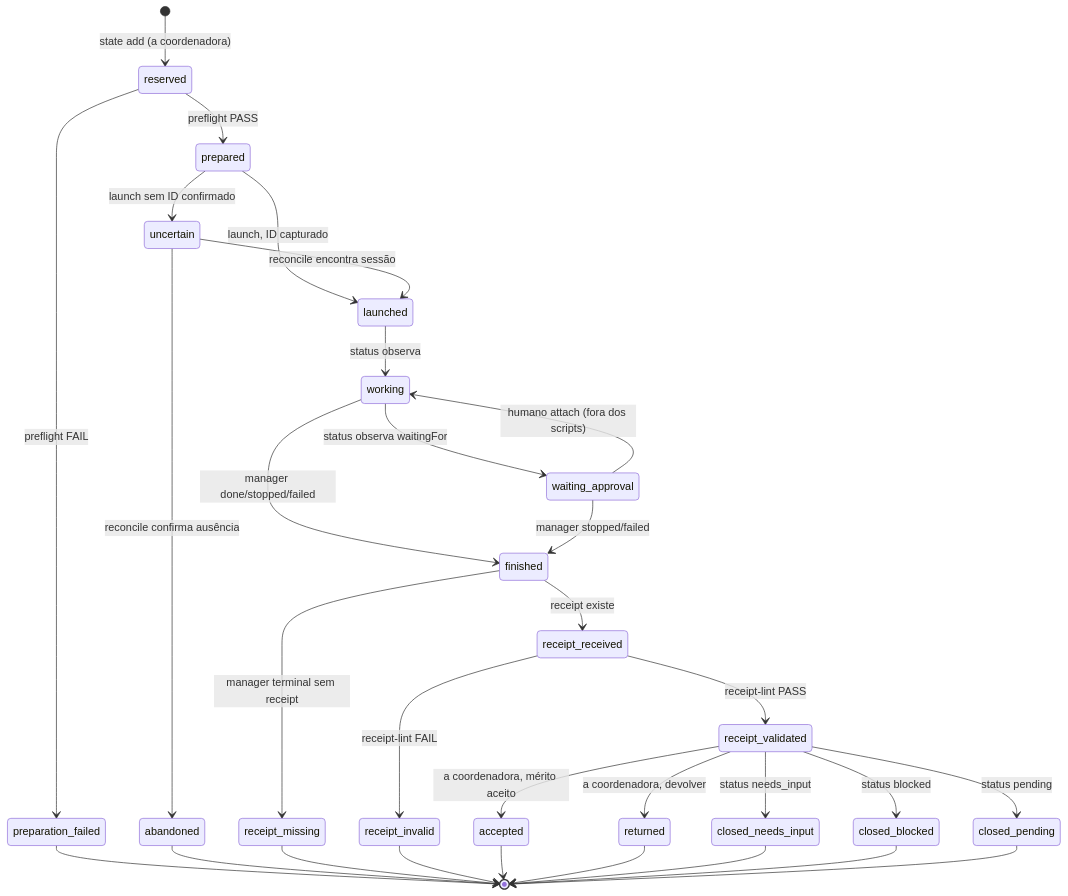
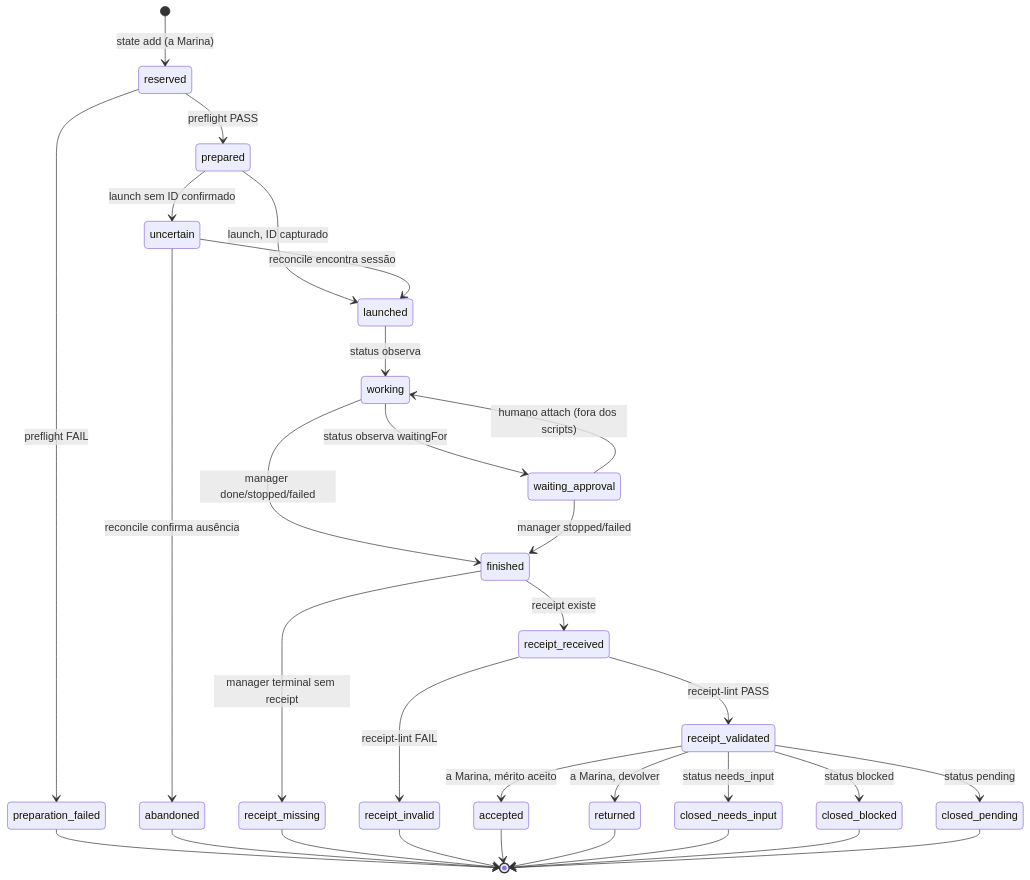
One commit to lukasspires/github-copilot-fullstack-kit changed the second of 2 diagrams in docs/plano-estado-estruturado-e-grafos.md. Above: the diagram before and after it, drawn with Mermaid. The commit also changed other lines of this file and 50 other files, not shown here.

````diff
--- a/docs/plano-estado-estruturado-e-grafos.md
+++ b/docs/plano-estado-estruturado-e-grafos.md
@@ -213,33 +213,33 @@
 ```mermaid
 stateDiagram-v2
-  [*] --> reserved: state add (a coordenadora)
+  [*] --> reserved: state add (a Marina)
   reserved --> prepared: preflight PASS
   reserved --> preparation_failed: preflight FAIL
   prepared --> launched: launch, ID capturado
   prepared --> uncertain: launch sem ID confirmado
   uncertain --> launched: reconcile encontra sessão
   uncertain --> abandoned: reconcile confirma ausência
   launched --> working: status observa
   working --> waiting_approval: status observa waitingFor
   waiting_approval --> working: humano attach (fora dos scripts)
   working --> finished: manager done/stopped/failed
   waiting_approval --> finished: manager stopped/failed
   finished --> receipt_received: receipt existe
   finished --> receipt_missing: manager terminal sem receipt
   receipt_received --> receipt_validated: receipt-lint PASS
   receipt_received --> receipt_invalid: receipt-lint FAIL
-  receipt_validated --> accepted: a coordenadora, mérito aceito
-  receipt_validated --> returned: a coordenadora, devolver
+  receipt_validated --> accepted: a Marina, mérito aceito
+  receipt_validated --> returned: a Marina, devolver
   receipt_validated --> closed_needs_input: status needs_input
   receipt_validated --> closed_blocked: status blocked
   receipt_validated --> closed_pending: status pending
   preparation_failed --> [*]
   abandoned --> [*]
   receipt_missing --> [*]
   receipt_invalid --> [*]
   accepted --> [*]
   returned --> [*]
   closed_needs_input --> [*]
   closed_blocked --> [*]
   closed_pending --> [*]
 ```
````
